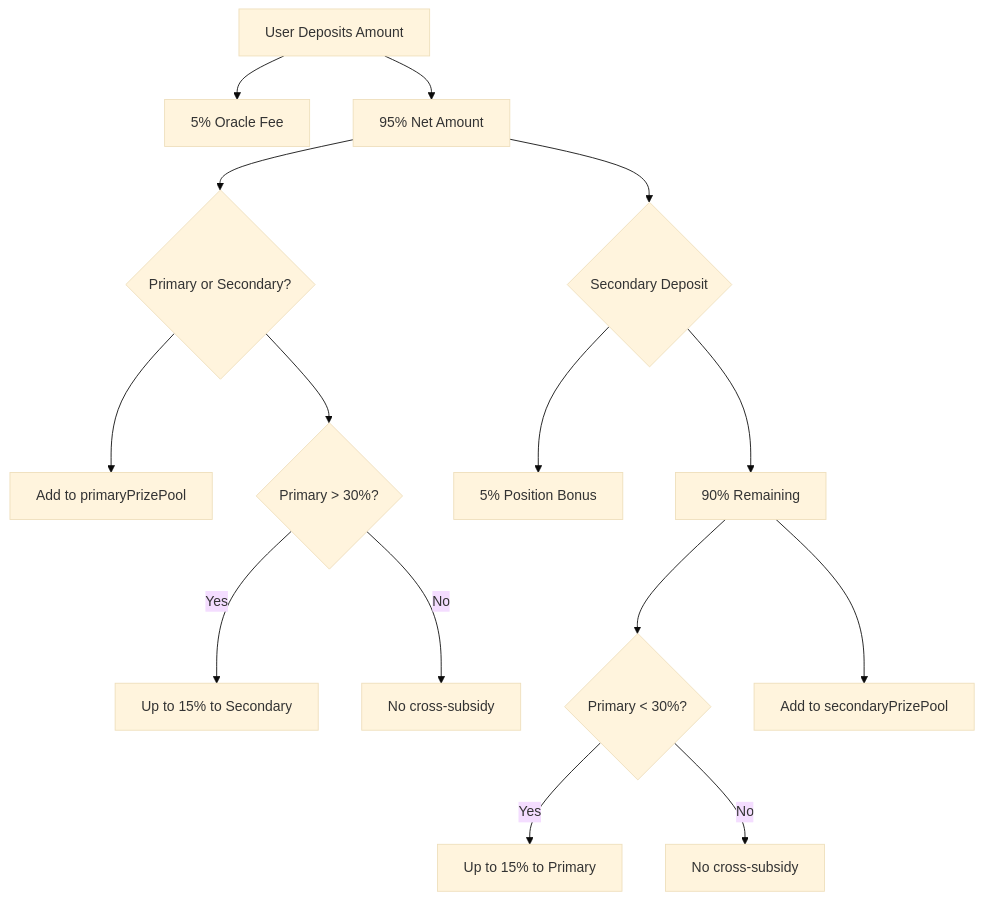
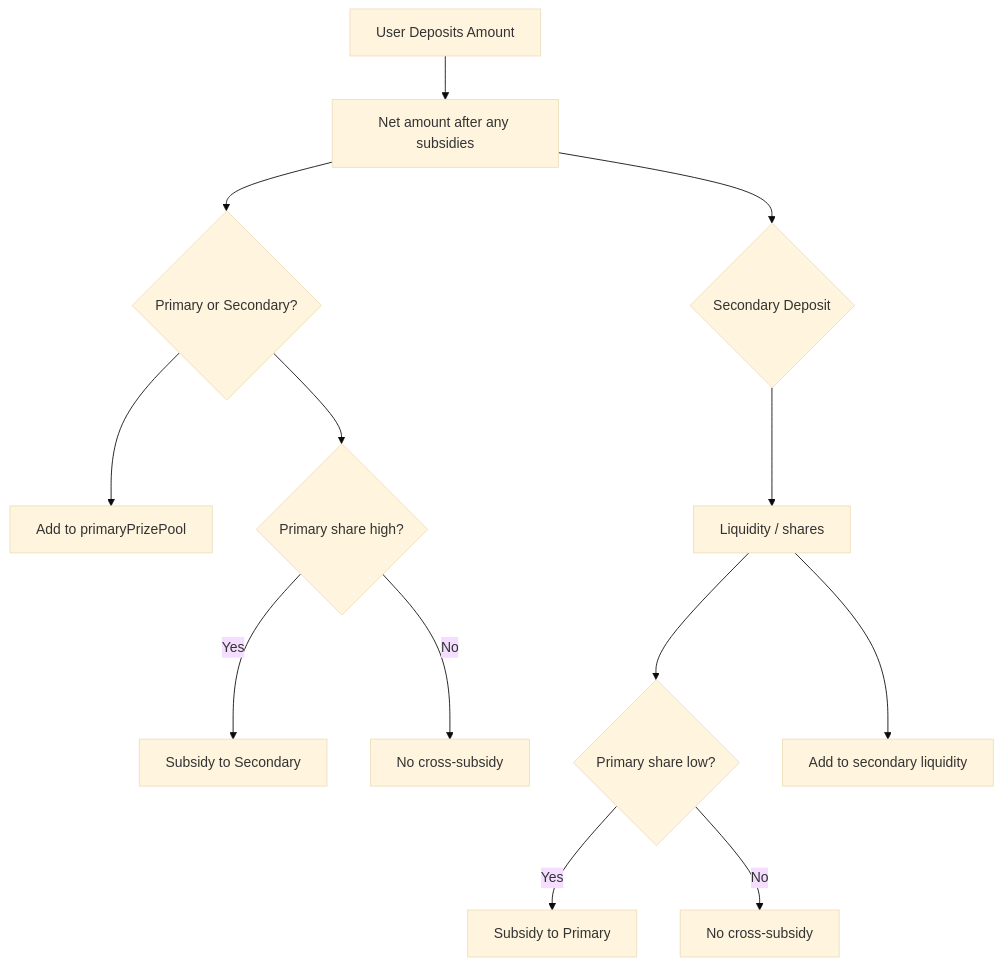
Before and after one commit to MagRelo/cut: the fourth of 5 diagrams in spec/contracts/data-flow.md, drawn with Mermaid (base theme). The commit also changed other lines of this file and 16 other files, not shown here.

````diff
--- a/spec/contracts/data-flow.md
+++ b/spec/contracts/data-flow.md
@@ -115,21 +73,19 @@
 ```mermaid
 flowchart TD
     Deposit[User Deposits Amount]
-    Deposit --> OracleFee[5% Oracle Fee]
-    Deposit --> NetAmount[95% Net Amount]
+    Deposit --> NetAmount[Net amount after any subsidies]
     
     NetAmount --> Primary{Primary or Secondary?}
     
     Primary --> PrimaryPool[Add to primaryPrizePool]
-    Primary --> CheckRatio{Primary > 30%?}
-    CheckRatio -->|Yes| CrossSubsidy1[Up to 15% to Secondary]
+    Primary --> CheckRatio{Primary share high?}
+    CheckRatio -->|Yes| CrossSubsidy1[Subsidy to Secondary]
     CheckRatio -->|No| NoSubsidy1[No cross-subsidy]
     
     NetAmount --> Secondary{Secondary Deposit}
-    Secondary --> PositionBonus[5% Position Bonus]
-    Secondary --> Remaining[90% Remaining]
-    Remaining --> CheckRatio2{Primary < 30%?}
-    CheckRatio2 -->|Yes| CrossSubsidy2[Up to 15% to Primary]
+    Secondary --> Remaining[Liquidity / shares]
+    Remaining --> CheckRatio2{Primary share low?}
+    CheckRatio2 -->|Yes| CrossSubsidy2[Subsidy to Primary]
     CheckRatio2 -->|No| NoSubsidy2[No cross-subsidy]
-    Remaining --> SecondaryPool[Add to secondaryPrizePool]
+    Remaining --> SecondaryPool[Add to secondary liquidity]
 ```
````
